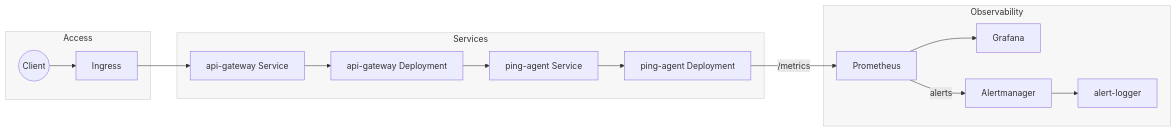
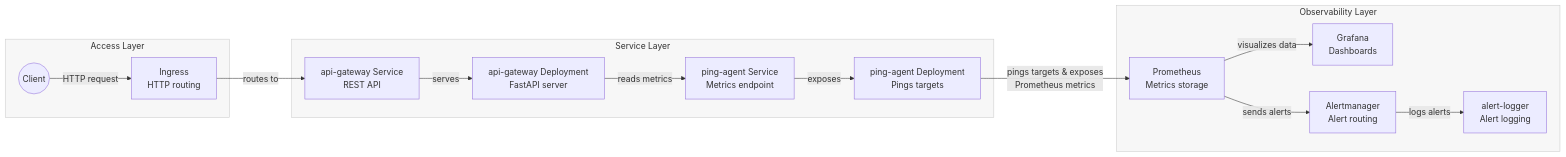
The first of 2 diagrams in ARCHITECTURE.md (fattah247/UpTimePulse), drawn with Mermaid before and after one commit. The commit also changed other lines of this file, not shown here.

Commit message:
docs: enhance architecture documentation

````diff
--- a/ARCHITECTURE.md
+++ b/ARCHITECTURE.md
@@ -7,31 +7,40 @@
 ```mermaid
 flowchart LR
   linkStyle default stroke-width:1px
   classDef group fill:#f7f7f7,stroke:#cccccc,stroke-width:1px
-  subgraph Access["Access"]
+  classDef apiFlow stroke:#2563eb,stroke-width:2px
+  classDef monitoringFlow stroke:#dc2626,stroke-width:2px
+  classDef alertFlow stroke:#ea580c,stroke-width:2px
+  classDef vizFlow stroke:#7c3aed,stroke-width:2px
+
+  subgraph Access["Access Layer"]
     client((Client))
-    ingress[Ingress]
+    ingress[Ingress<br/>HTTP routing]
   end
 
-  subgraph Services["Services"]
-    apiSvc[api-gateway Service]
-    apiDep[api-gateway Deployment]
-    pingSvc[ping-agent Service]
-    pingDep[ping-agent Deployment]
+  subgraph Services["Service Layer"]
+    apiSvc[api-gateway Service<br/>REST API]
+    apiDep[api-gateway Deployment<br/>FastAPI server]
+    pingSvc[ping-agent Service<br/>Metrics endpoint]
+    pingDep[ping-agent Deployment<br/>Pings targets]
   end
 
-  subgraph Observability["Observability"]
-    prom[Prometheus]
-    grafana[Grafana]
-    am[Alertmanager]
-    logger[alert-logger]
+  subgraph Observability["Observability Layer"]
+    prom[Prometheus<br/>Metrics storage]
+    grafana[Grafana<br/>Dashboards]
+    am[Alertmanager<br/>Alert routing]
+    logger[alert-logger<br/>Alert logging]
   end
 
-  client --> ingress --> apiSvc --> apiDep
-  apiDep --> pingSvc --> pingDep
-  pingDep -->|/metrics| prom
-  prom --> grafana
-  prom -->|alerts| am --> logger
+  client -->|"HTTP request"| ingress -->|"routes to"| apiSvc -->|"serves"| apiDep
+  apiDep -->|"reads metrics"| pingSvc -->|"exposes"| pingDep
+  pingDep -->|"pings targets & exposes<br/>Prometheus metrics"| prom
+  prom -->|"visualizes data"| grafana
+  prom -->|"sends alerts"| am -->|"logs alerts"| logger
 
   class Access,Services,Observability group
+  linkStyle 0,1,2,3 apiFlow
+  linkStyle 4,5 monitoringFlow
+  linkStyle 6 vizFlow
+  linkStyle 7,8 alertFlow
 ```
````
